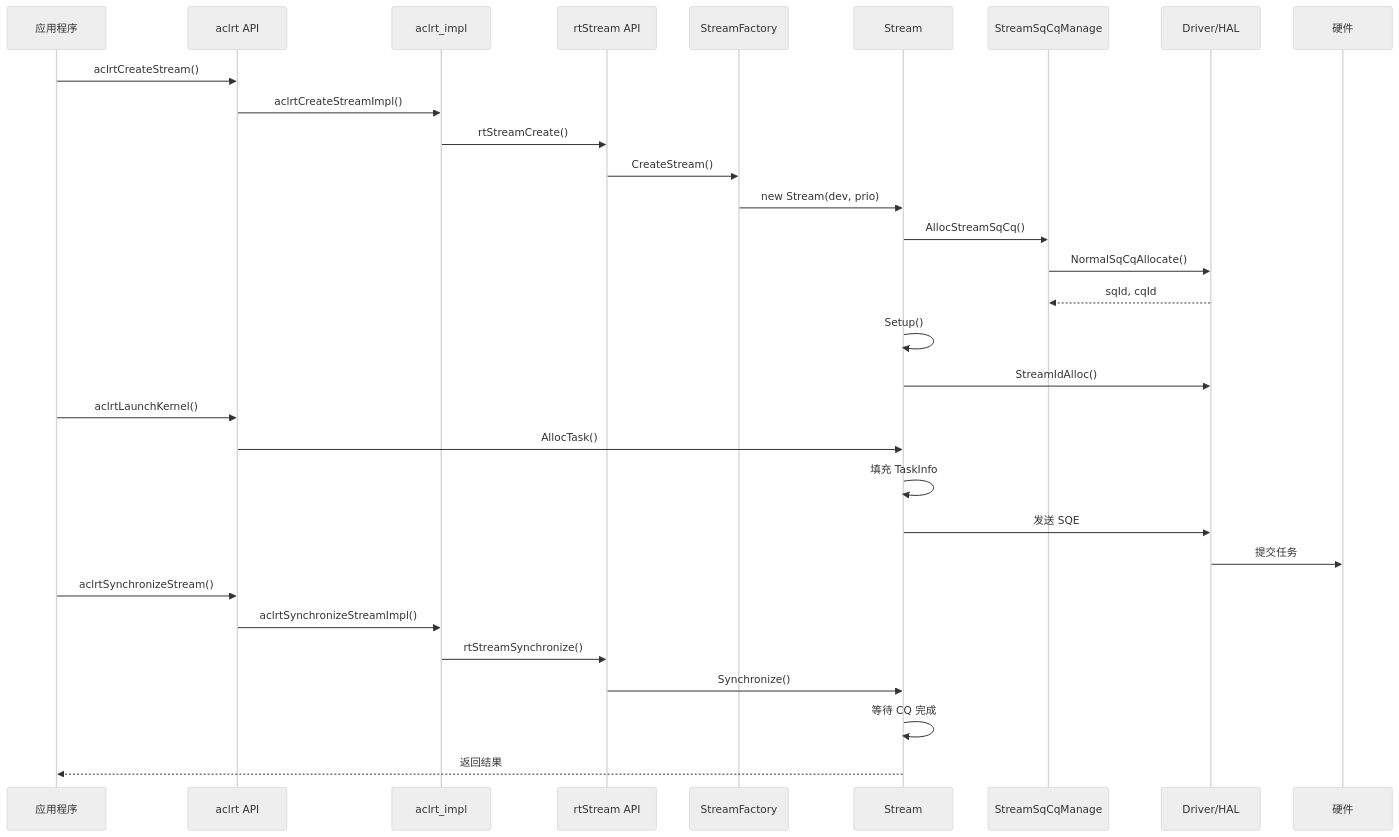
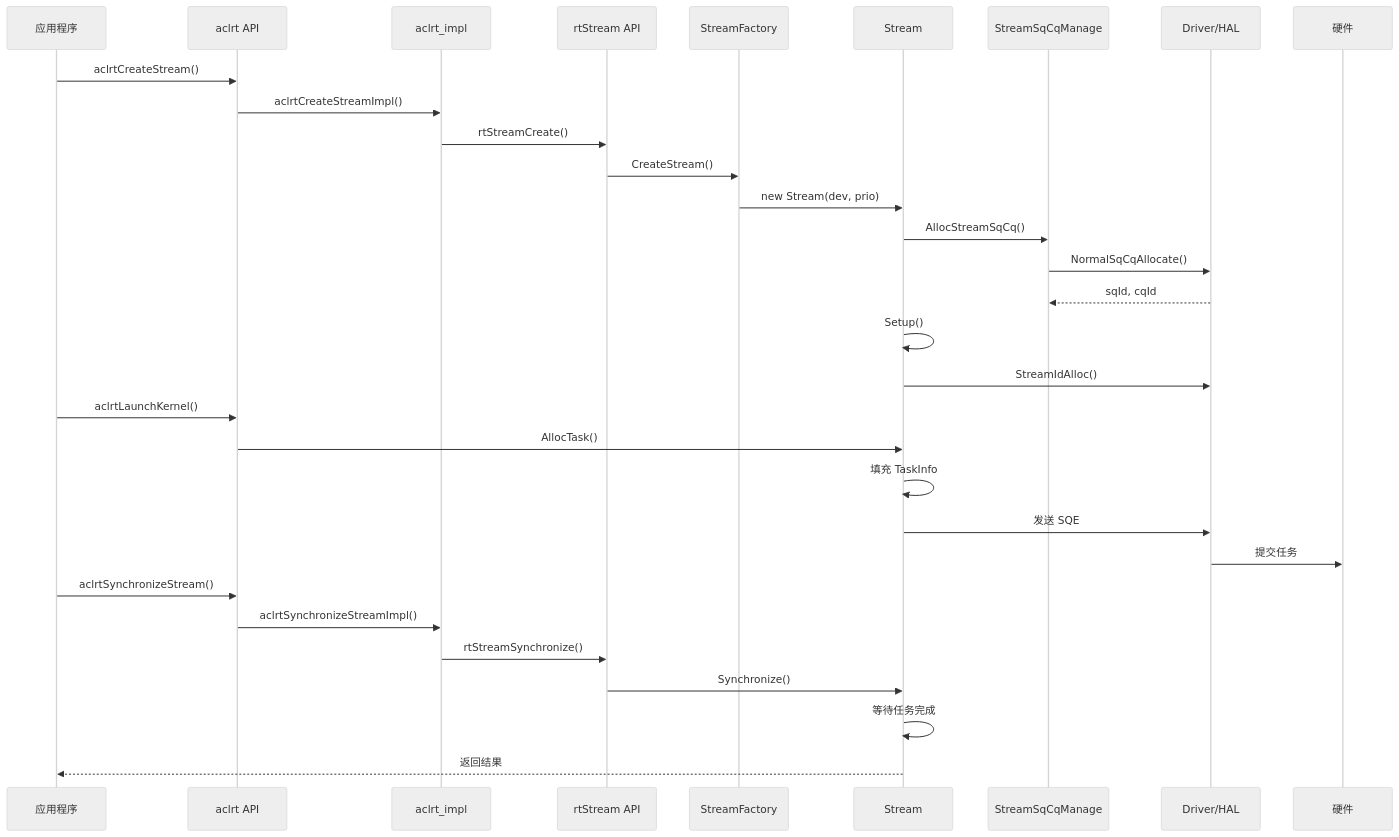
One commit to 18liumin/runtime changed the first of 6 diagrams in docs/design/modules/stream/stream.md. Above: the diagram before and after it, drawn with Mermaid (neutral theme). The commit also changed other lines of this file, not shown here.

````diff
--- a/docs/design/modules/stream/stream.md
+++ b/docs/design/modules/stream/stream.md
@@ -182,36 +99,36 @@
 ```mermaid
 sequenceDiagram
     participant App as 应用程序
     participant ACL as aclrt API
     participant ACLImpl as aclrt_impl
     participant RT as rtStream API
     participant Factory as StreamFactory
     participant Stream as Stream
     participant SqCqManage as StreamSqCqManage
     participant Driver as Driver/HAL
     participant HW as 硬件
 
     App->>ACL: aclrtCreateStream()
     ACL->>ACLImpl: aclrtCreateStreamImpl()
     ACLImpl->>RT: rtStreamCreate()
     RT->>Factory: CreateStream()
     Factory->>Stream: new Stream(dev, prio)
     Stream->>SqCqManage: AllocStreamSqCq()
     SqCqManage->>Driver: NormalSqCqAllocate()
     Driver-->>SqCqManage: sqId, cqId
     Stream->>Stream: Setup()
     Stream->>Driver: StreamIdAlloc()
     
     App->>ACL: aclrtLaunchKernel()
     ACL->>Stream: AllocTask()
     Stream->>Stream: 填充 TaskInfo
     Stream->>Driver: 发送 SQE
     Driver->>HW: 提交任务
     
     App->>ACL: aclrtSynchronizeStream()
     ACL->>ACLImpl: aclrtSynchronizeStreamImpl()
     ACLImpl->>RT: rtStreamSynchronize()
     RT->>Stream: Synchronize()
-    Stream->>Stream: 等待 CQ 完成
+    Stream->>Stream: 等待任务完成
     Stream-->>App: 返回结果
 ```
````
